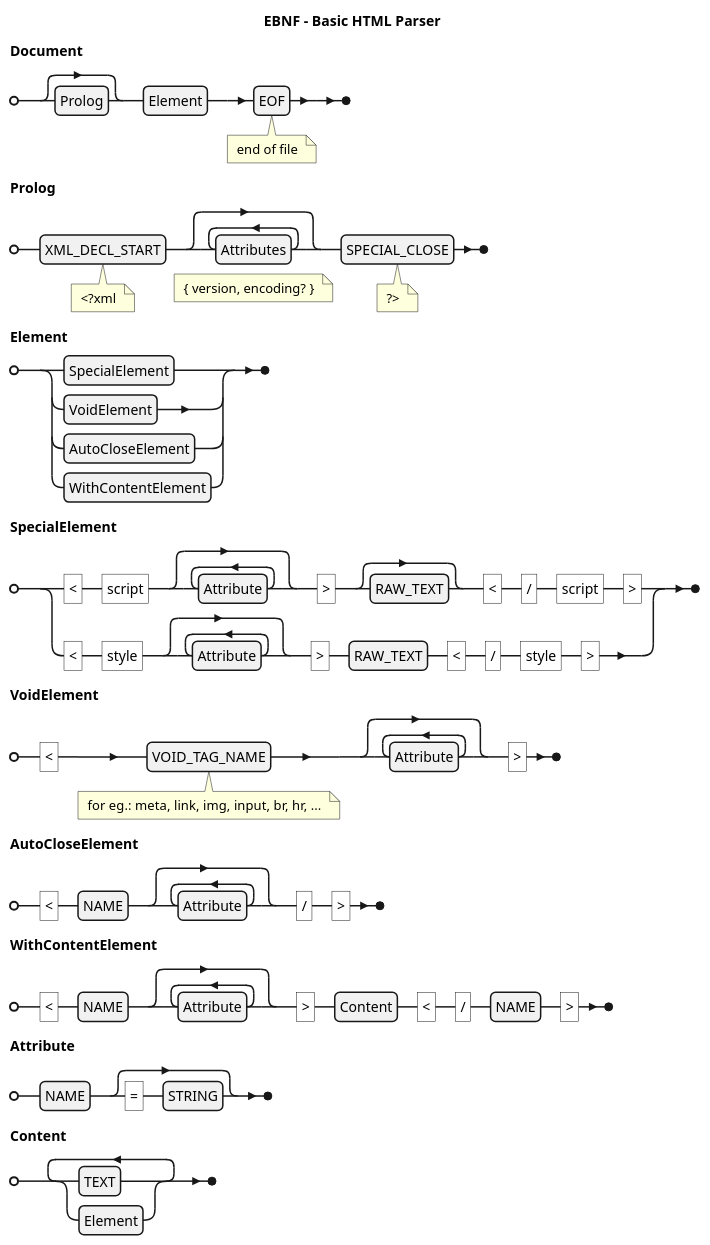
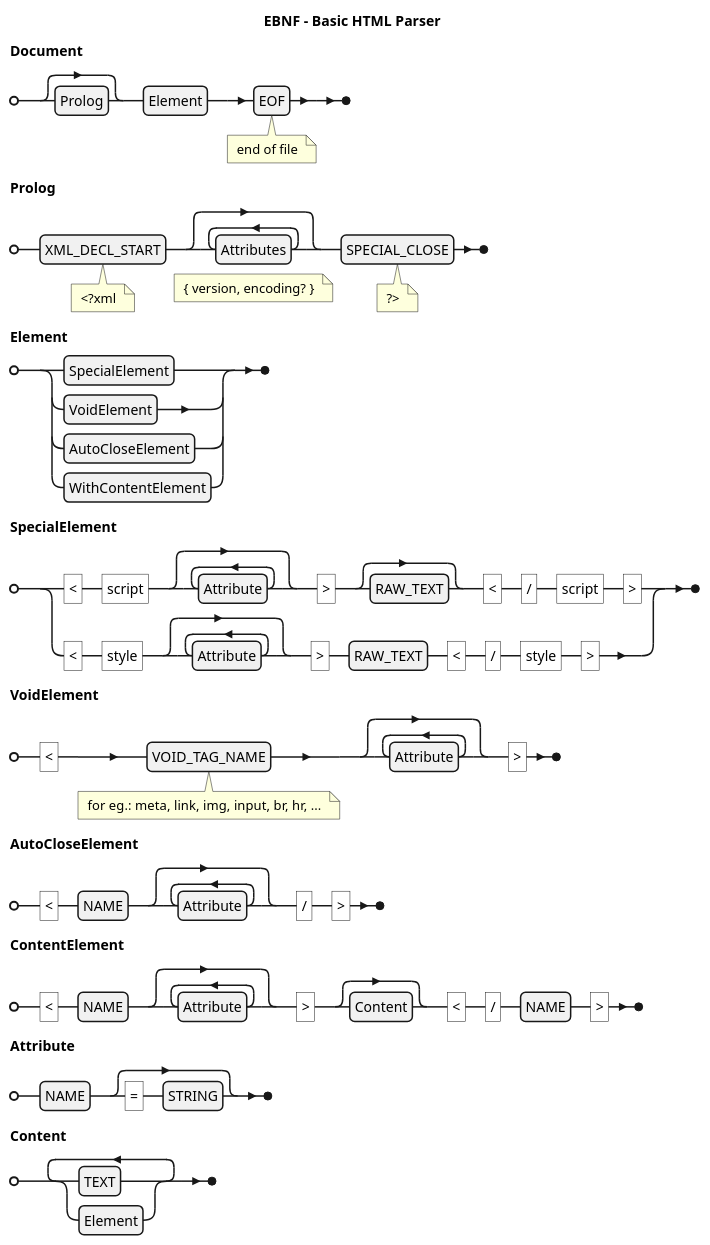
One commit to erkobridee/ds-ast changed the diagram in implementations/ts-parser-xml/assets/plantuml/parser-html.plantuml. Above: the diagram before and after it, drawn with PlantUML. The commit also changed 16 other files, not shown here.

```diff
--- a/implementations/ts-parser-xml/assets/plantuml/parser-html.plantuml
+++ b/implementations/ts-parser-xml/assets/plantuml/parser-html.plantuml
@@ -1,43 +1,43 @@
 @startebnf
 title EBNF - Basic HTML Parser
 
 
 Document = [ Prolog ] , Element , EOF (* end of file *) ;
 
 Prolog = XML_DECL_START (* <?xml *) , { Attributes } (* { version, encoding? } *) , SPECIAL_CLOSE (* ?> *) ;
 
 
 Element = SpecialElement | VoidElement | AutoCloseElement | WithContentElement ;
 
 
 SpecialElement = (
     "<" , "script" , { Attribute } , ">" , [ RAW_TEXT ] , "<" , "/" , "script" , ">" | 
     "<" , "style" , { Attribute } , ">" , RAW_TEXT , "<" , "/" , "style" , ">"
   ) 
   ;
 
 VoidElement = (
     "<" , VOID_TAG_NAME (* for eg.: meta, link, img, input, br, hr, ... *) , { Attribute } , ">"
   )
   ;
 
 AutoCloseElement = (
     "<" , NAME , { Attribute } , "/" , ">"
   )
   ;
 
-WithContentElement = (
-    "<" , NAME , { Attribute } , ">" , Content , "<" , "/" , NAME , ">"
+ContentElement = (
+    "<" , NAME , { Attribute } , ">" , [ Content ] , "<" , "/" , NAME , ">"
   )
   ;
 
 
 Attribute = NAME , [ "=" , STRING ] ;
 
 Content = { ( 
     TEXT |
     Element
   ) }-
   ;
 
 @endebnf
```
